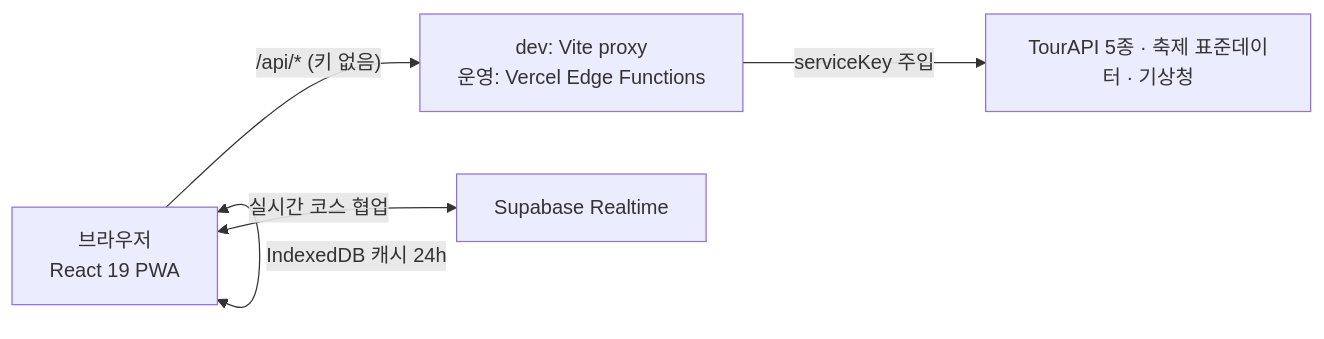
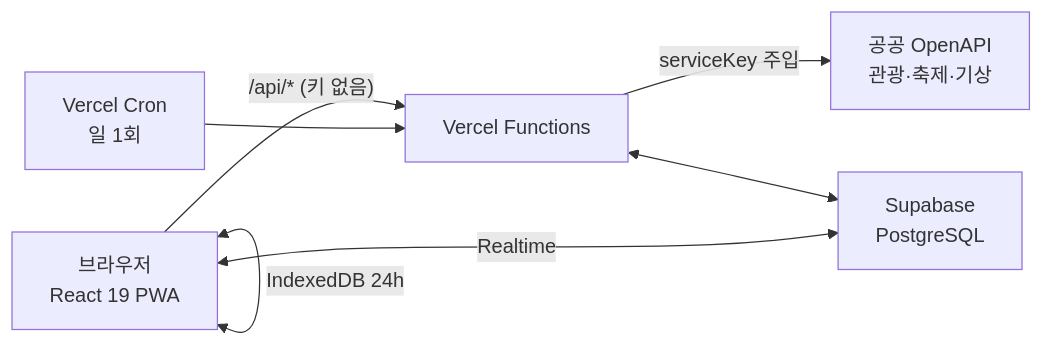
One commit to simsohyeon/StayMaru changed the diagram in README.md. Above: the diagram before and after it, drawn with Mermaid. The commit also changed other lines of this file and 2 other files, not shown here.

````diff
--- a/README.md
+++ b/README.md
@@ -41,7 +60,9 @@
 ```mermaid
 flowchart LR
-    A["브라우저<br/>React 19 PWA"] -->|"/api/* (키 없음)"| B["dev: Vite proxy<br/>운영: Vercel Edge Functions"]
-    B -->|serviceKey 주입| C["TourAPI 5종 · 축제 표준데이터 · 기상청"]
-    A <-->|IndexedDB 캐시 24h| A
-    A <-->|실시간 코스 협업| D["Supabase Realtime"]
+    A["브라우저<br/>React 19 PWA"] -->|"/api/* (키 없음)"| B["Vercel Functions"]
+    B -->|serviceKey 주입| C["공공 OpenAPI<br/>관광·축제·기상"]
+    B <--> D["Supabase<br/>PostgreSQL"]
+    A <-->|IndexedDB 24h| A
+    A <-->|Realtime| D
+    E["Vercel Cron<br/>일 1회"] --> B
 ```
````
